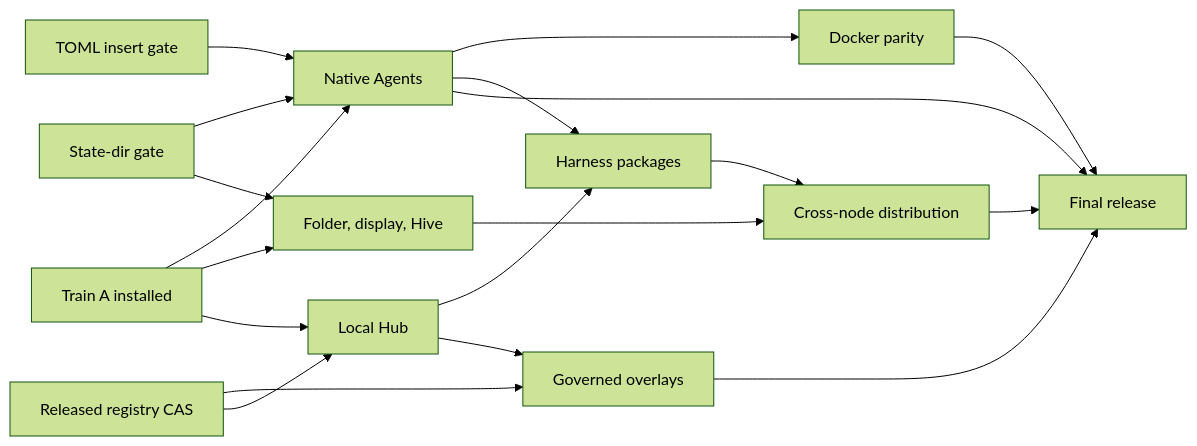
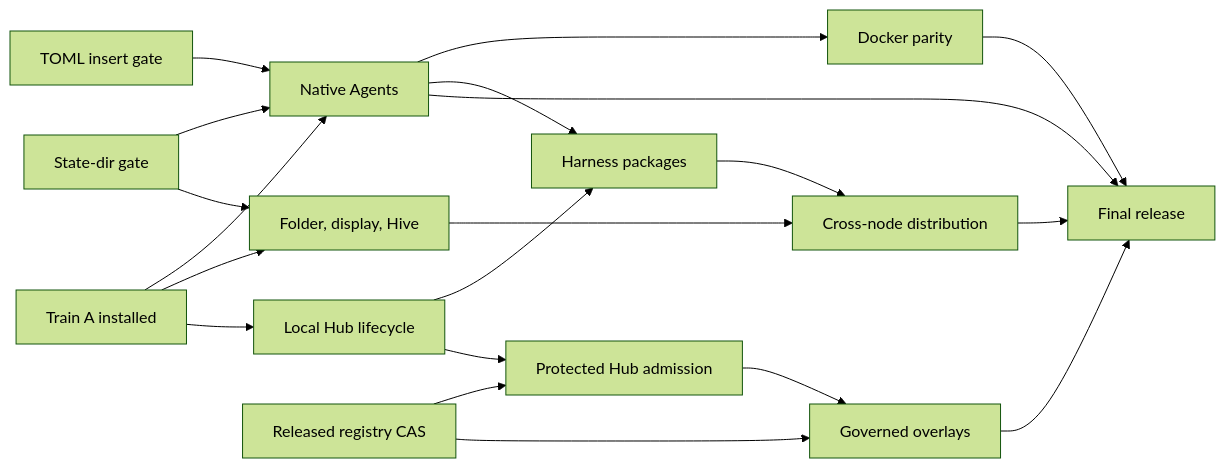
One commit to wippyai/bee changed the diagram in docs/FINISH_PLAN.md. Above: the diagram before and after it, drawn with Mermaid (forest theme). The commit also changed other lines of this file, not shown here.

````diff
--- a/docs/FINISH_PLAN.md
+++ b/docs/FINISH_PLAN.md
@@ -115,21 +139,22 @@
 ```mermaid
 flowchart LR
     A[Train A installed] --> N[Native Agents]
     A --> T[Folder, display, Hive]
-    A --> H[Local Hub]
+    A --> H[Local Hub lifecycle]
     S[State-dir gate] --> N
     M[TOML insert gate] --> N
     S --> T
     N --> X[Docker parity]
     N --> P[Harness packages]
     H --> P
     T --> D[Cross-node distribution]
     P --> D
-    H --> O[Governed overlays]
-    C[Released registry CAS] --> O
-    C --> H
+    H --> I[Protected Hub admission]
+    C[Released registry CAS] --> I
+    I --> O[Governed overlays]
+    C --> O
     N --> R[Final release]
     X --> R
     D --> R
     O --> R
 ```
````
